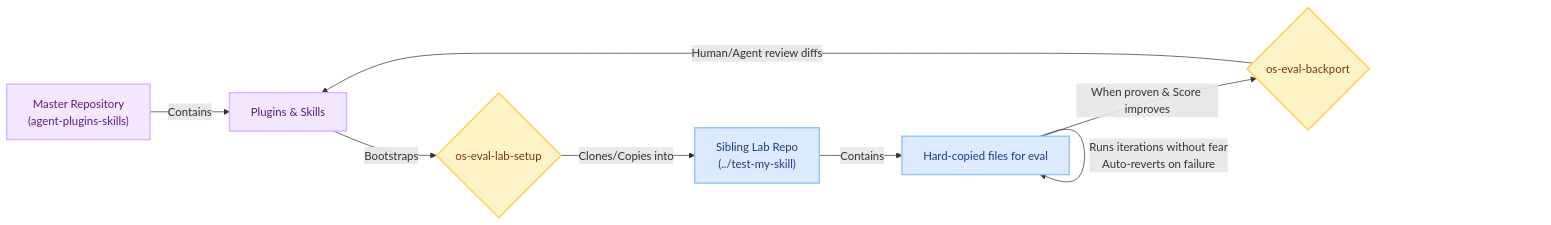
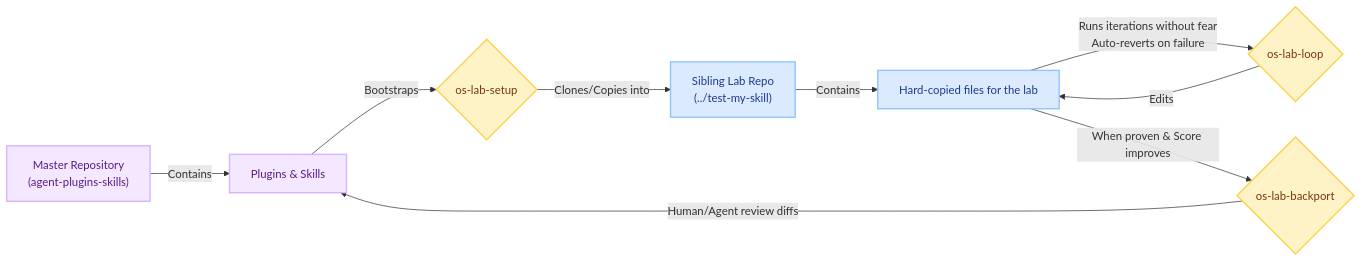
The diagram in plugins/agent-agentic-os/assets/diagrams/sibling-repo-labs.mmd (richfrem/agent-plugins-skills), drawn with Mermaid before and after one commit. The commit also changed 943 other files, not shown here.

First line of the commit message:
refactor(agent-agentic-os): consolidate into os-control-* and os-lab-* clusters (#697)

```diff
--- a/plugins/agent-agentic-os/assets/diagrams/sibling-repo-labs.mmd
+++ b/plugins/agent-agentic-os/assets/diagrams/sibling-repo-labs.mmd
@@ -1,22 +1,24 @@
 flowchart LR
     classDef master fill:#f3e8ff,stroke:#d8b4fe,stroke-width:2px,color:#581c87
     classDef lab fill:#dbeafe,stroke:#93c5fd,stroke-width:2px,color:#1e3a8a
     classDef tool fill:#fef3c7,stroke:#fcd34d,stroke-width:2px,color:#78350f
 
     M1["Master Repository<br>(agent-plugins-skills)"]:::master
     M2["Plugins & Skills"]:::master
     L1["Sibling Lab Repo<br>(../test-my-skill)"]:::lab
-    L2["Hard-copied files for eval"]:::lab
-    
-    Tool1{"os-eval-lab-setup"}:::tool
-    Tool2{"os-eval-backport"}:::tool
+    L2["Hard-copied files for the lab"]:::lab
+
+    Tool1{"os-lab-setup"}:::tool
+    Tool2{"os-lab-loop"}:::tool
+    Tool3{"os-lab-backport"}:::tool
 
     M1 -->|Contains| M2
     M2 -->|Bootstraps| Tool1
     Tool1 -->|Clones/Copies into| L1
     L1 -->|Contains| L2
-    
-    L2 -->|Runs iterations without fear<br>Auto-reverts on failure| L2
-    
-    L2 -->|When proven & Score improves| Tool2
-    Tool2 -->|Human/Agent review diffs| M2
+
+    L2 -->|Runs iterations without fear<br>Auto-reverts on failure| Tool2
+    Tool2 -->|Edits| L2
+
+    L2 -->|When proven & Score improves| Tool3
+    Tool3 -->|Human/Agent review diffs| M2
```
